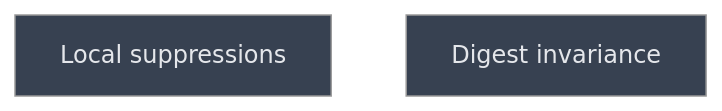
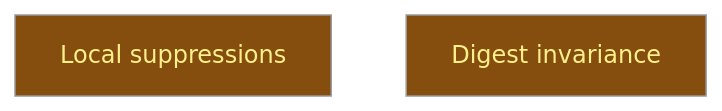
One commit to CrackingShells/Candler changed the diagram in __roadmap__/v1-review-code-gaps/settle/README.md. Above: the diagram before and after it, drawn with Mermaid (neutral theme). The commit also changed other lines of this file and 1 other file, not shown here.

Commit message:
rdm(isolation): start level 1 of the v1 review code gaps

````diff
--- a/__roadmap__/v1-review-code-gaps/settle/README.md
+++ b/__roadmap__/v1-review-code-gaps/settle/README.md
@@ -17,10 +17,10 @@
 ```mermaid
 graph TD
-    local_suppressions[Local suppressions]:::planned
-    digest_invariance[Digest invariance]:::planned
+    local_suppressions[Local suppressions]:::inprogress
+    digest_invariance[Digest invariance]:::inprogress
     classDef done       fill:#166534,color:#bbf7d0
     classDef inprogress fill:#854d0e,color:#fef08a
     classDef planned    fill:#374151,color:#e5e7eb
     classDef amendment  fill:#1e3a5f,color:#bfdbfe
     classDef blocked    fill:#7f1d1d,color:#fecaca
 ```
````
